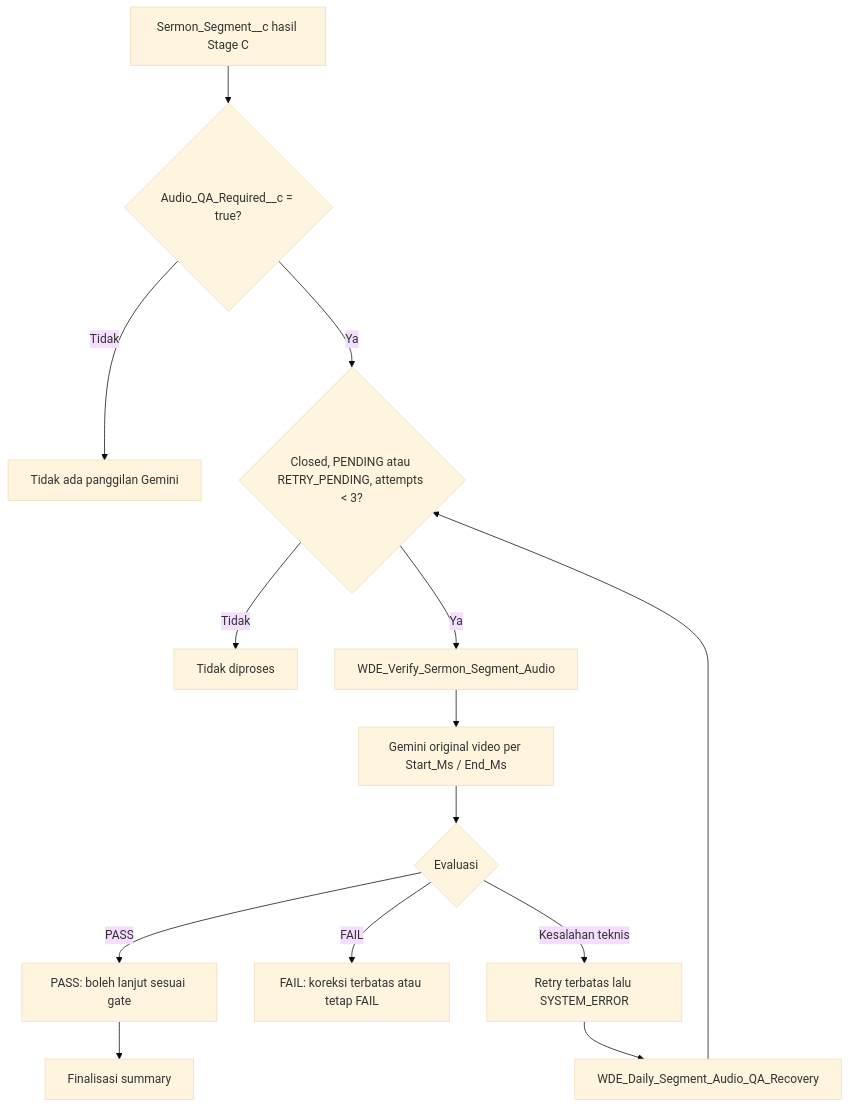
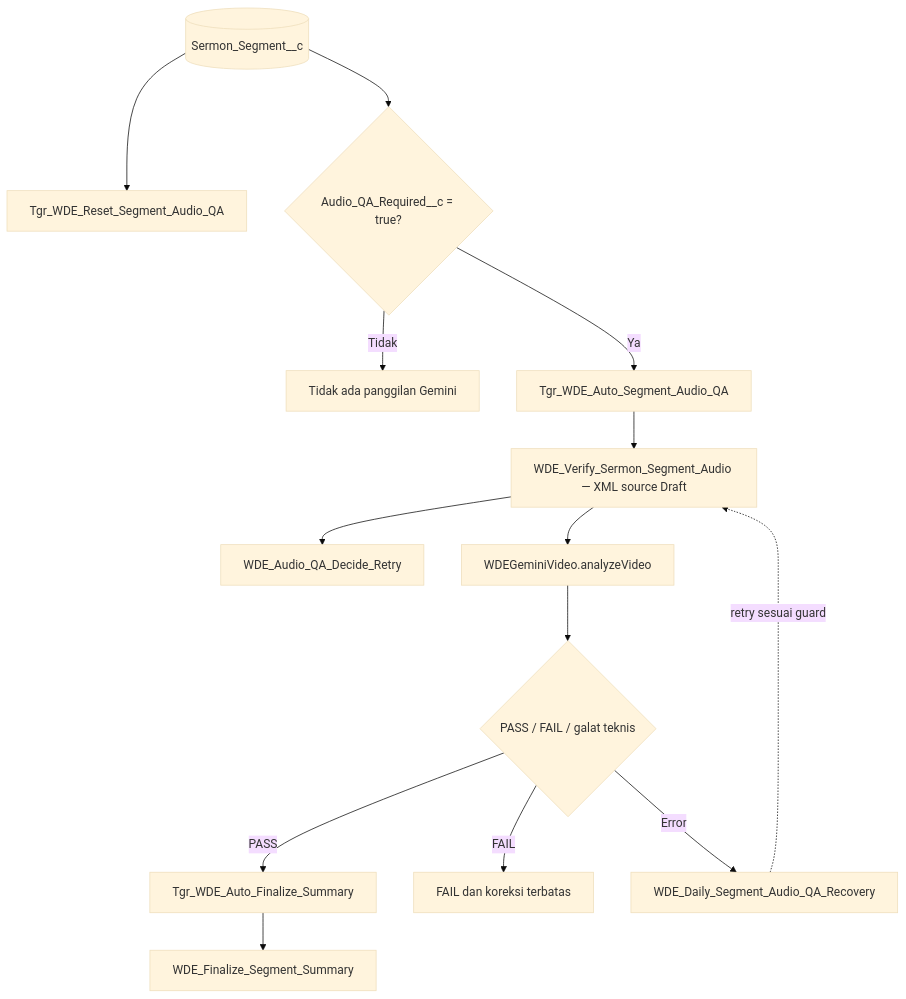
Before and after one commit to jimmytobing/Syntetic-Wisdom: the seventh of 28 diagrams in SADD-WDE.md, drawn with Mermaid (base theme). The commit also changed other lines of this file, not shown here.

Commit message:
docs(wde): align visual SADD with two-workflow cleanup and label all Salesforce flows

````diff
--- a/SADD-WDE.md
+++ b/SADD-WDE.md
@@ -146,16 +148,16 @@
 ```mermaid
 flowchart TD
-  S["Sermon_Segment__c hasil Stage C"] --> REQUIRED{"Audio_QA_Required__c = true?"}
-  REQUIRED -- "Tidak" --> NOCALL["Tidak ada panggilan Gemini"]
-  REQUIRED -- "Ya" --> FRESH{"Closed, PENDING atau RETRY_PENDING, attempts < 3?"}
-  FRESH -- "Tidak" --> WAIT["Tidak diproses"]
-  FRESH -- "Ya" --> QA["WDE_Verify_Sermon_Segment_Audio"]
-  QA --> VIDEO["Gemini original video per Start_Ms / End_Ms"]
-  VIDEO --> VERDICT{"Evaluasi"}
-  VERDICT -- "PASS" --> PASS["PASS: boleh lanjut sesuai gate"]
-  VERDICT -- "FAIL" --> FAIL["FAIL: koreksi terbatas atau tetap FAIL"]
-  VERDICT -- "Kesalahan teknis" --> TECH["Retry terbatas lalu SYSTEM_ERROR"]
-  TECH --> REC["WDE_Daily_Segment_Audio_QA_Recovery"]
-  REC --> FRESH
-  PASS --> SUM["Finalisasi summary"]
+  SEG[("Sermon_Segment__c")] --> RESET["Tgr_WDE_Reset_Segment_Audio_QA"]
+  SEG --> REQUIRED{"Audio_QA_Required__c = true?"}
+  REQUIRED -- "Tidak" --> ZERO["Tidak ada panggilan Gemini"]
+  REQUIRED -- "Ya" --> TRIG["Tgr_WDE_Auto_Segment_Audio_QA"]
+  TRIG --> Q["WDE_Verify_Sermon_Segment_Audio — XML source Draft"]
+  Q --> RETRY["WDE_Audio_QA_Decide_Retry"]
+  Q --> GEM["WDEGeminiVideo.analyzeVideo"]
+  GEM --> VERDICT{"PASS / FAIL / galat teknis"}
+  VERDICT -- "PASS" --> FIN["Tgr_WDE_Auto_Finalize_Summary"]
+  FIN --> SUMMARY["WDE_Finalize_Segment_Summary"]
+  VERDICT -- "FAIL" --> FAIL["FAIL dan koreksi terbatas"]
+  VERDICT -- "Error" --> DAILY["WDE_Daily_Segment_Audio_QA_Recovery"]
+  DAILY -. "retry sesuai guard" .-> Q
 ```
````
